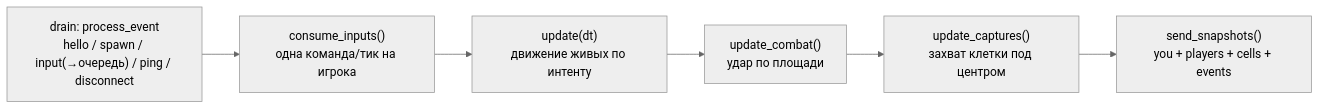
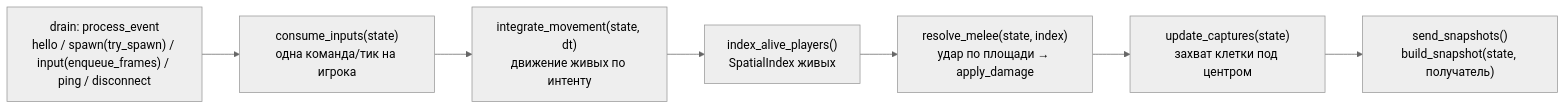
One commit to litcxx/Game changed the fourth of 5 diagrams in server/docs/sequence-diagram.md. Above: the diagram before and after it, drawn with Mermaid (neutral theme). The commit also changed other lines of this file and 2 other files, not shown here.

First line of the commit message:
docs(server): systems-over-data architecture, tick order, ownership

````diff
--- a/server/docs/sequence-diagram.md
+++ b/server/docs/sequence-diagram.md
@@ -115,10 +120,11 @@
 ```mermaid
 flowchart LR
-    drain["drain: process_event<br/>hello / spawn / input(→очередь) / ping / disconnect"]
-    consume["consume_inputs()<br/>одна команда/тик на игрока"]
-    move["update(dt)<br/>движение живых по интенту"]
-    combat["update_combat()<br/>удар по площади"]
-    cap["update_captures()<br/>захват клетки под центром"]
-    snap["send_snapshots()<br/>you + players + cells + events"]
-    drain --> consume --> move --> combat --> cap --> snap
+    drain["drain: process_event<br/>hello / spawn(try_spawn) / input(enqueue_frames) / ping / disconnect"]
+    consume["consume_inputs(state)<br/>одна команда/тик на игрока"]
+    move["integrate_movement(state, dt)<br/>движение живых по интенту"]
+    index["index_alive_players()<br/>SpatialIndex живых"]
+    combat["resolve_melee(state, index)<br/>удар по площади → apply_damage"]
+    cap["update_captures(state)<br/>захват клетки под центром"]
+    snap["send_snapshots()<br/>build_snapshot(state, получатель)"]
+    drain --> consume --> move --> index --> combat --> cap --> snap
 ```
````
